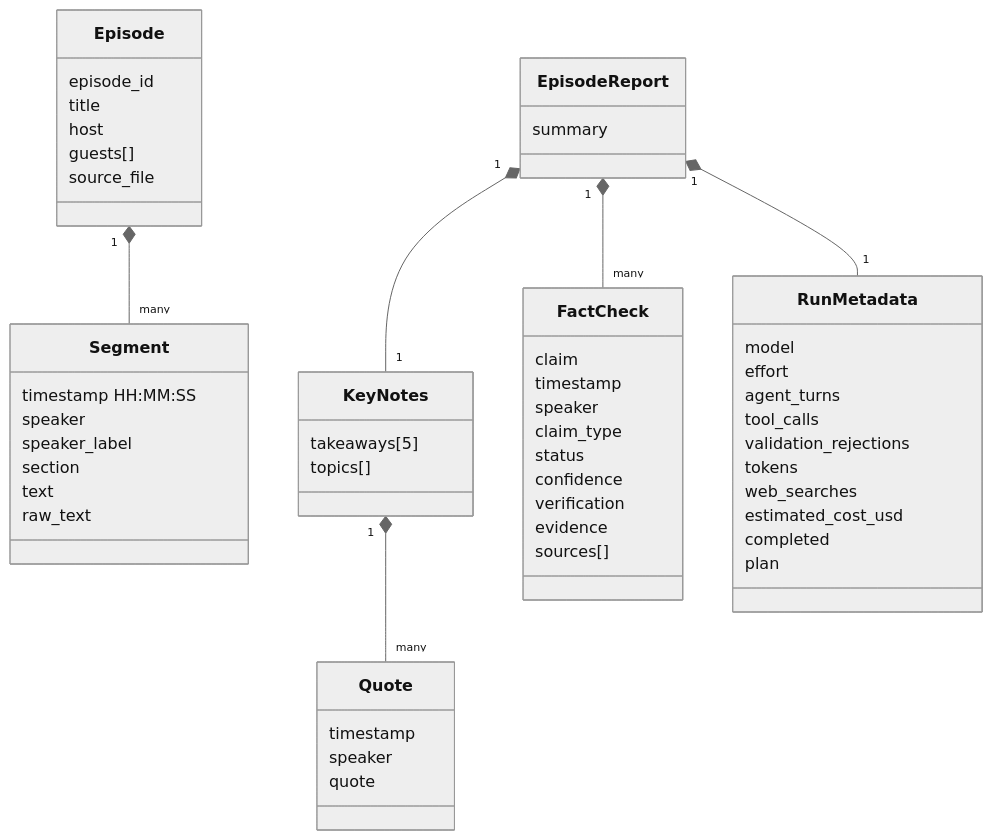
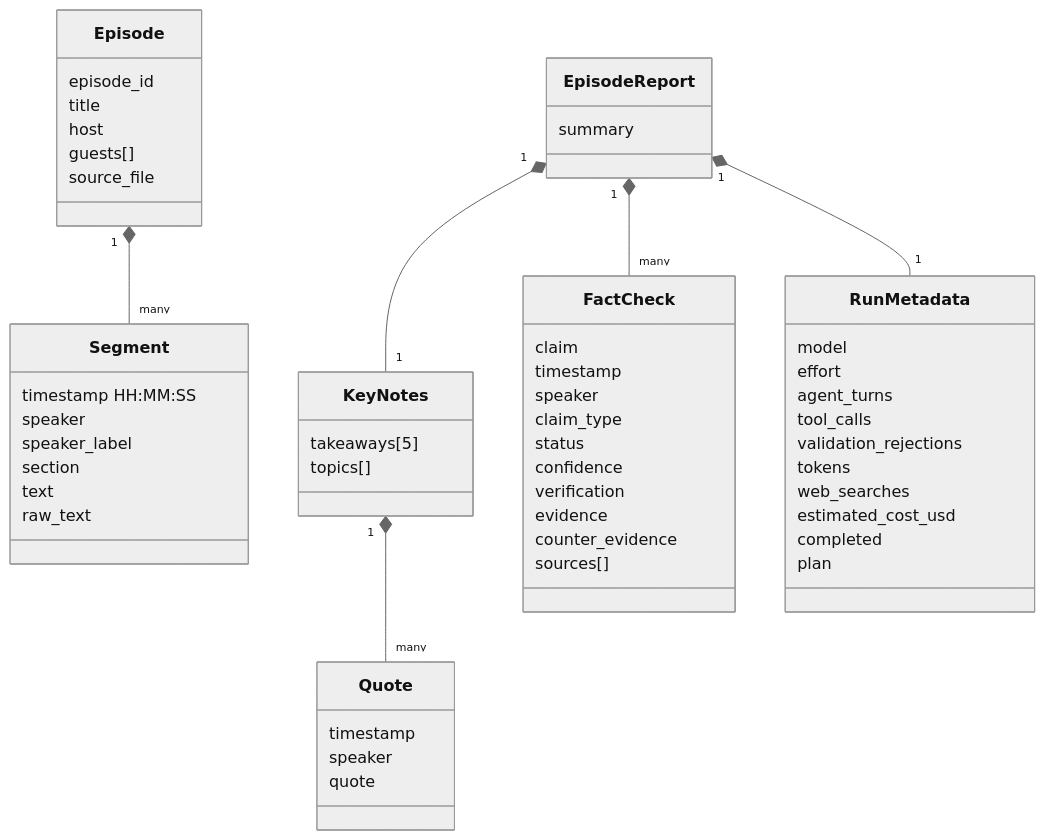
One commit to Ernest0071/podcast-agent changed the fourth of 4 diagrams in design/ARCHITECTURE.md. Above: the diagram before and after it, drawn with Mermaid (neutral theme). The commit also changed other lines of this file and 2 other files, not shown here.

First line of the commit message:
Add architecture design PDF and fix sequence diagram syntax

````diff
--- a/design/ARCHITECTURE.md
+++ b/design/ARCHITECTURE.md
@@ -155,58 +151,59 @@
 ```mermaid
 classDiagram
     class Episode {
         episode_id
         title
         host
         guests[]
         source_file
     }
     class Segment {
         timestamp HH:MM:SS
         speaker
         speaker_label
         section
         text
         raw_text
     }
     class EpisodeReport {
         summary
     }
     class KeyNotes {
         takeaways[5]
         topics[]
     }
     class Quote {
         timestamp
         speaker
         quote
     }
     class FactCheck {
         claim
         timestamp
         speaker
         claim_type
         status
         confidence
         verification
         evidence
+        counter_evidence
         sources[]
     }
     class RunMetadata {
         model
         effort
         agent_turns
         tool_calls
         validation_rejections
         tokens
         web_searches
         estimated_cost_usd
         completed
         plan
     }
     Episode "1" *-- "many" Segment
     EpisodeReport "1" *-- "1" KeyNotes
     KeyNotes "1" *-- "many" Quote
     EpisodeReport "1" *-- "many" FactCheck
     EpisodeReport "1" *-- "1" RunMetadata
 ```
````
